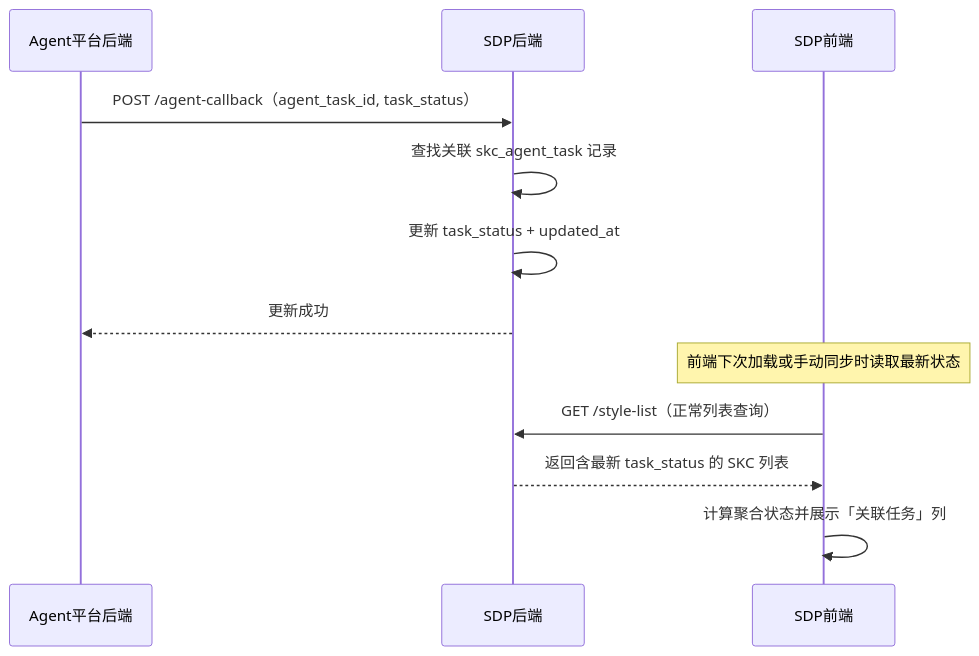
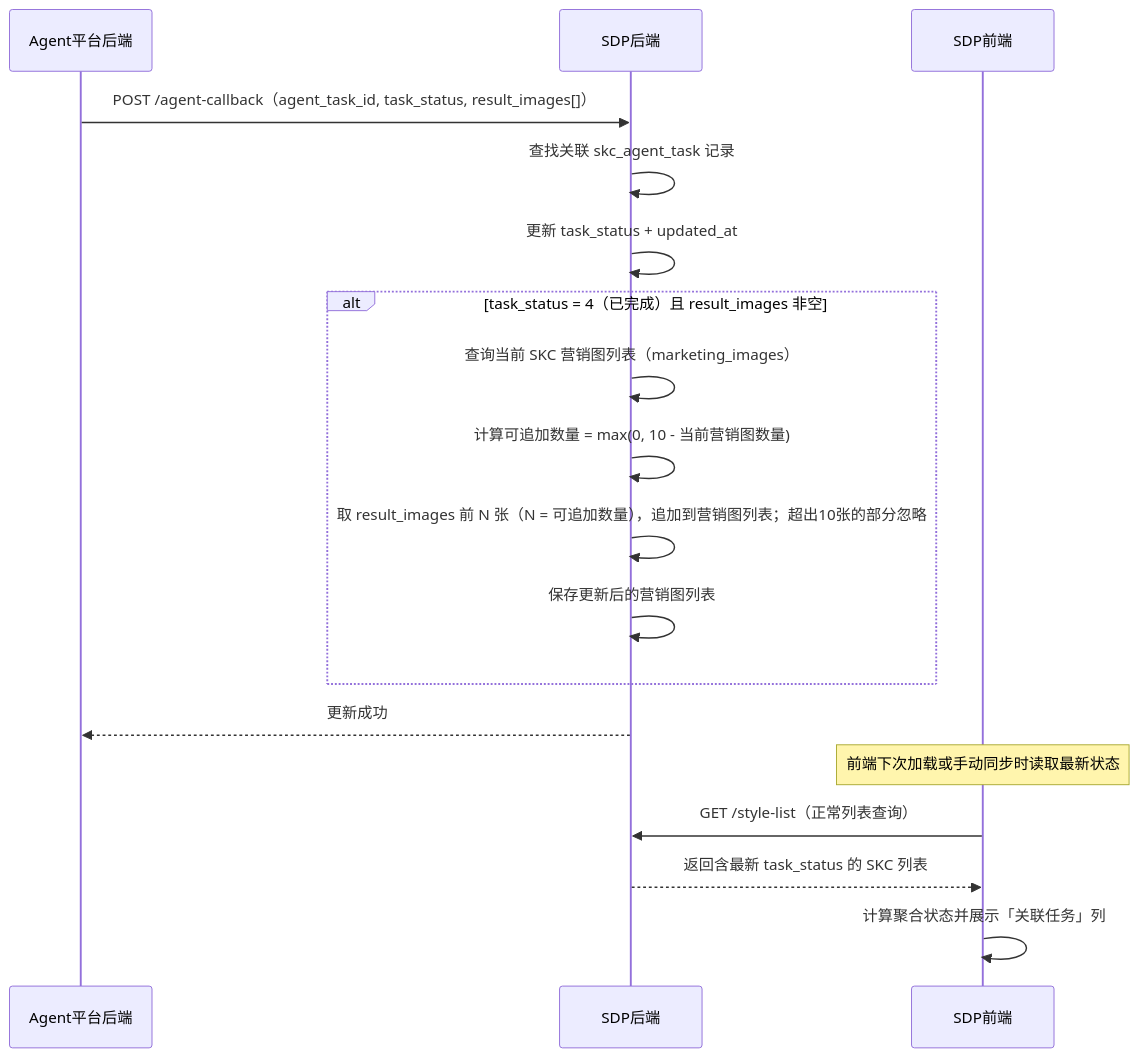
The second of 4 diagrams in revisions/v2.6.2/规划文档_v2.6.2_Agent智能编辑接入.md (lin15622159201-arch/sdp-prd), drawn with Mermaid before and after one commit. The commit also changed other lines of this file, not shown here.

Commit message:
补充Agent 回调写入营销图规则

````diff
--- a/revisions/v2.6.2/规划文档_v2.6.2_Agent智能编辑接入.md
+++ b/revisions/v2.6.2/规划文档_v2.6.2_Agent智能编辑接入.md
@@ -110,15 +110,21 @@
 ```mermaid
 sequenceDiagram
     participant Agent as Agent平台后端
     participant BE as SDP后端
     participant FE as SDP前端
 
-    Agent->>BE: POST /agent-callback（agent_task_id, task_status）
+    Agent->>BE: POST /agent-callback（agent_task_id, task_status, result_images[]）
     BE->>BE: 查找关联 skc_agent_task 记录
     BE->>BE: 更新 task_status + updated_at
+    alt task_status = 4（已完成）且 result_images 非空
+        BE->>BE: 查询当前 SKC 营销图列表（marketing_images）
+        BE->>BE: 计算可追加数量 = max(0, 10 - 当前营销图数量)
+        BE->>BE: 取 result_images 前 N 张（N = 可追加数量），追加到营销图列表；超出10张的部分忽略
+        BE->>BE: 保存更新后的营销图列表
+    end
     BE-->>Agent: 更新成功
     Note over FE: 前端下次加载或手动同步时读取最新状态
     FE->>BE: GET /style-list（正常列表查询）
     BE-->>FE: 返回含最新 task_status 的 SKC 列表
     FE->>FE: 计算聚合状态并展示「关联任务」列
 ```
````
